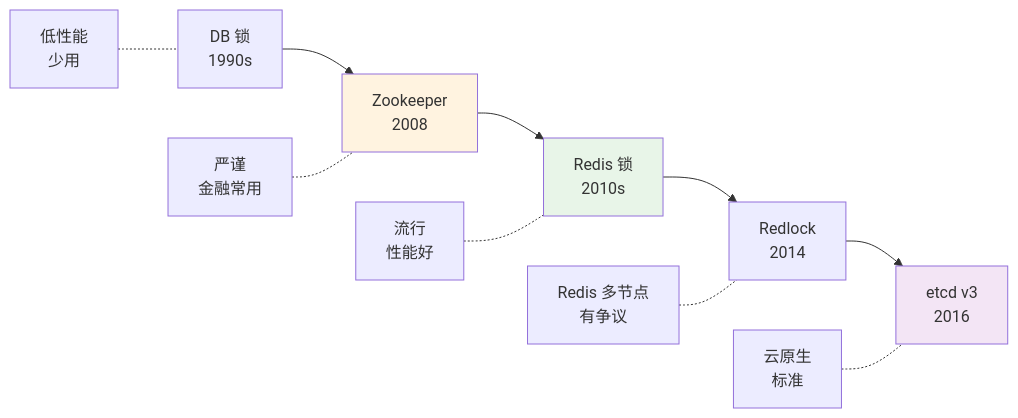
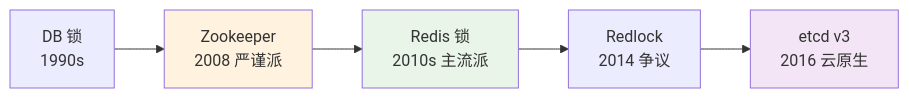
The fourth of 11 diagrams in docs/10.真经/05.方案设计思想/15.分布式锁方案设计.md (chongyang211/YCBookBlog), drawn with Mermaid before and after one commit. The commit also changed other lines of this file and 36 other files, not shown here.

````diff
--- a/docs/10.真经/05.方案设计思想/15.分布式锁方案设计.md
+++ b/docs/10.真经/05.方案设计思想/15.分布式锁方案设计.md
@@ -209,17 +179,10 @@
 ```mermaid
 flowchart LR
-    A[DB 锁<br/>1990s] --> B[Zookeeper<br/>2008]
-    B --> C[Redis 锁<br/>2010s]
-    C --> D[Redlock<br/>2014]
-    D --> E[etcd v3<br/>2016]
-    
-    A1[低性能<br/>少用] -.- A
-    B1[严谨<br/>金融常用] -.- B
-    C1[流行<br/>性能好] -.- C
-    D1[Redis 多节点<br/>有争议] -.- D
-    E1[云原生<br/>标准] -.- E
-    
+    A[DB 锁<br/>1990s] --> B[Zookeeper<br/>2008 严谨派]
+    B --> C[Redis 锁<br/>2010s 主流派]
+    C --> D[Redlock<br/>2014 争议]
+    D --> E[etcd v3<br/>2016 云原生]
     style C fill:#e8f5e8
     style B fill:#fff3e0
     style E fill:#f3e5f5
 ```
````
